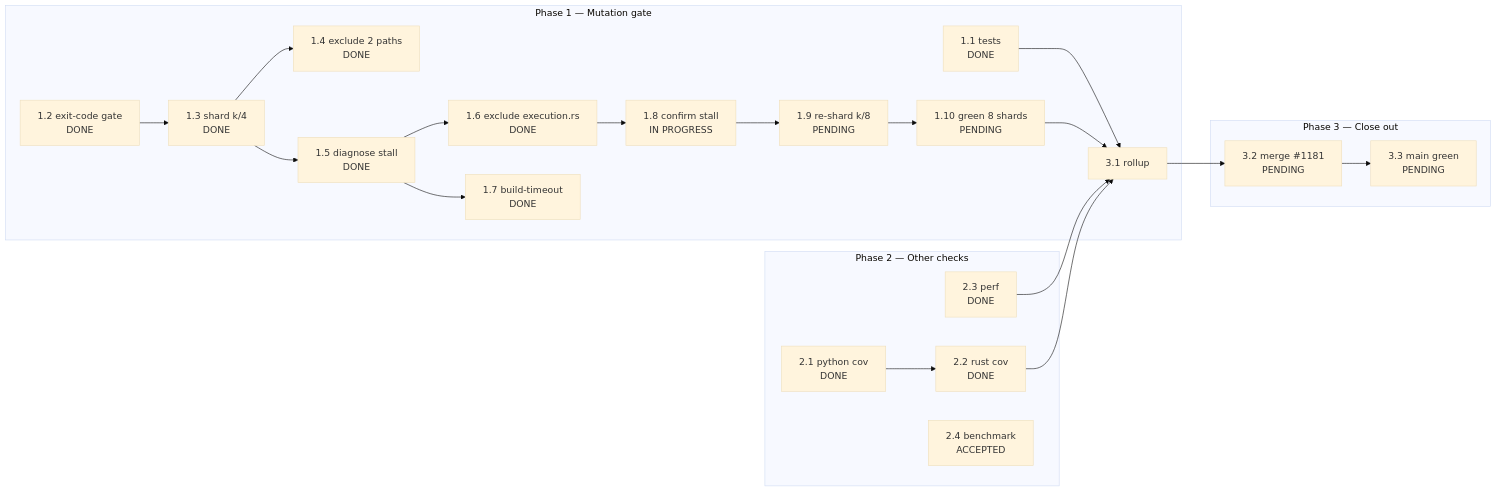
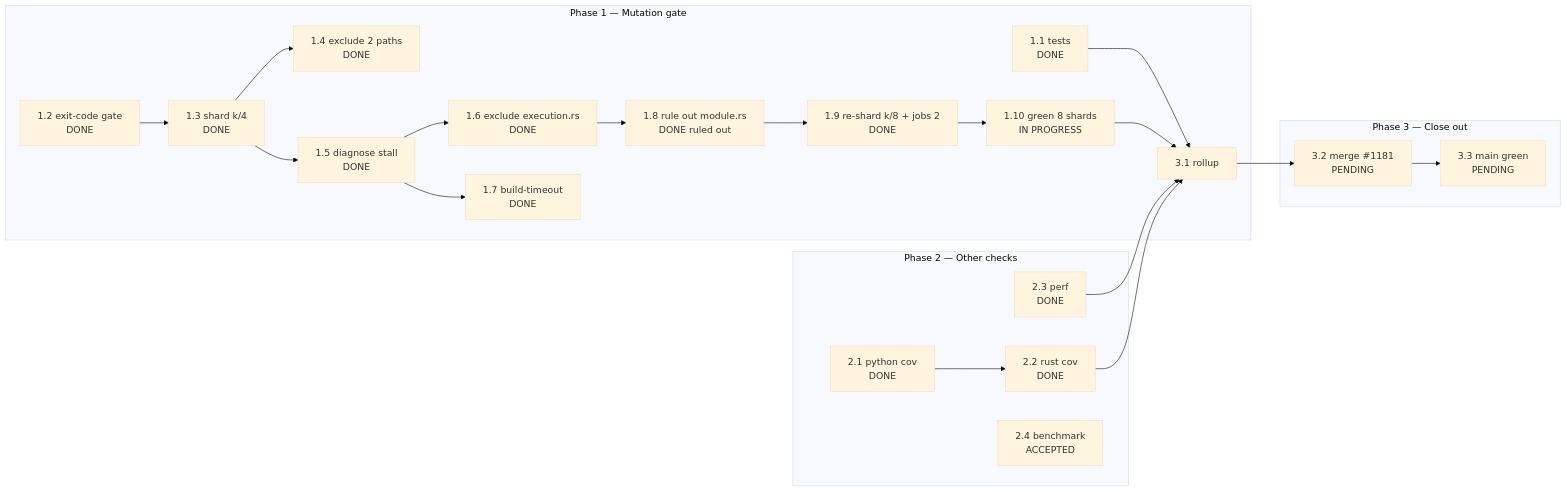
The diagram in docs/sessions/20261030-agileplus-1181-mutation-ci/DAG_WBS_PERT.md (KooshaPari/AgilePlus), drawn with Mermaid (base theme) before and after one commit. The commit also changed other lines of this file, not shown here.

First line of the commit message:
docs(ci): sync DAG/WBS/PERT with ruled-out module.rs and 8-way re-shard

````diff
--- a/docs/sessions/20261030-agileplus-1181-mutation-ci/DAG_WBS_PERT.md
+++ b/docs/sessions/20261030-agileplus-1181-mutation-ci/DAG_WBS_PERT.md
@@ -113,25 +120,25 @@
 ```mermaid
 graph LR
   subgraph P1["Phase 1 — Mutation gate"]
     A1["1.1 tests<br/>DONE"] --> C1["3.1 rollup"]
     A2["1.2 exit-code gate<br/>DONE"] --> A3["1.3 shard k/4<br/>DONE"]
     A3 --> A4["1.4 exclude 2 paths<br/>DONE"]
     A3 --> A5["1.5 diagnose stall<br/>DONE"]
     A5 --> A6["1.6 exclude execution.rs<br/>DONE"]
     A5 --> A7["1.7 build-timeout<br/>DONE"]
-    A6 --> A8["1.8 confirm stall<br/>IN PROGRESS"]
-    A8 --> A9["1.9 re-shard k/8<br/>PENDING"]
-    A9 --> A10["1.10 green 8 shards<br/>PENDING"]
+    A6 --> A8["1.8 rule out module.rs<br/>DONE ruled out"]
+    A8 --> A9["1.9 re-shard k/8 + jobs 2<br/>DONE"]
+    A9 --> A10["1.10 green 8 shards<br/>IN PROGRESS"]
     A10 --> C1
   end
   subgraph P2["Phase 2 — Other checks"]
     B1["2.1 python cov<br/>DONE"] --> B2["2.2 rust cov<br/>DONE"]
     B3["2.3 perf<br/>DONE"] --> C1
     B4["2.4 benchmark<br/>ACCEPTED"]
     B2 --> C1
   end
   subgraph P3["Phase 3 — Close out"]
     C1 --> C2["3.2 merge #1181<br/>PENDING"]
     C2 --> C3["3.3 main green<br/>PENDING"]
   end
 ```
````
